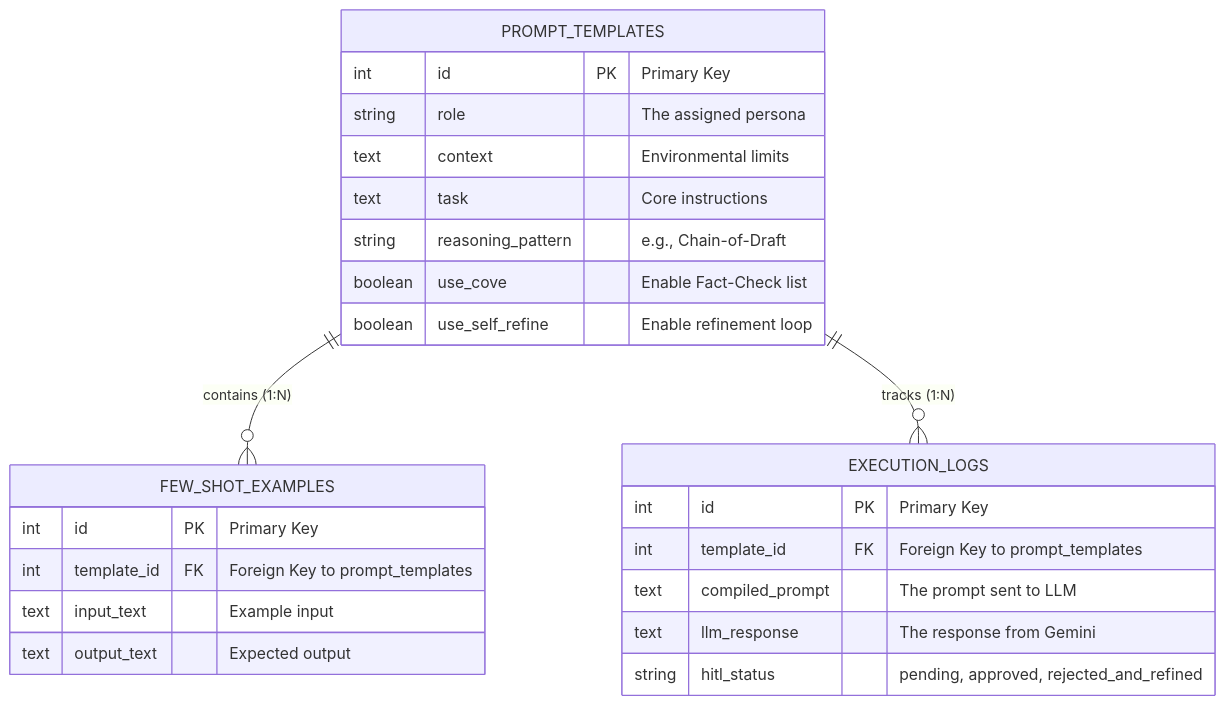
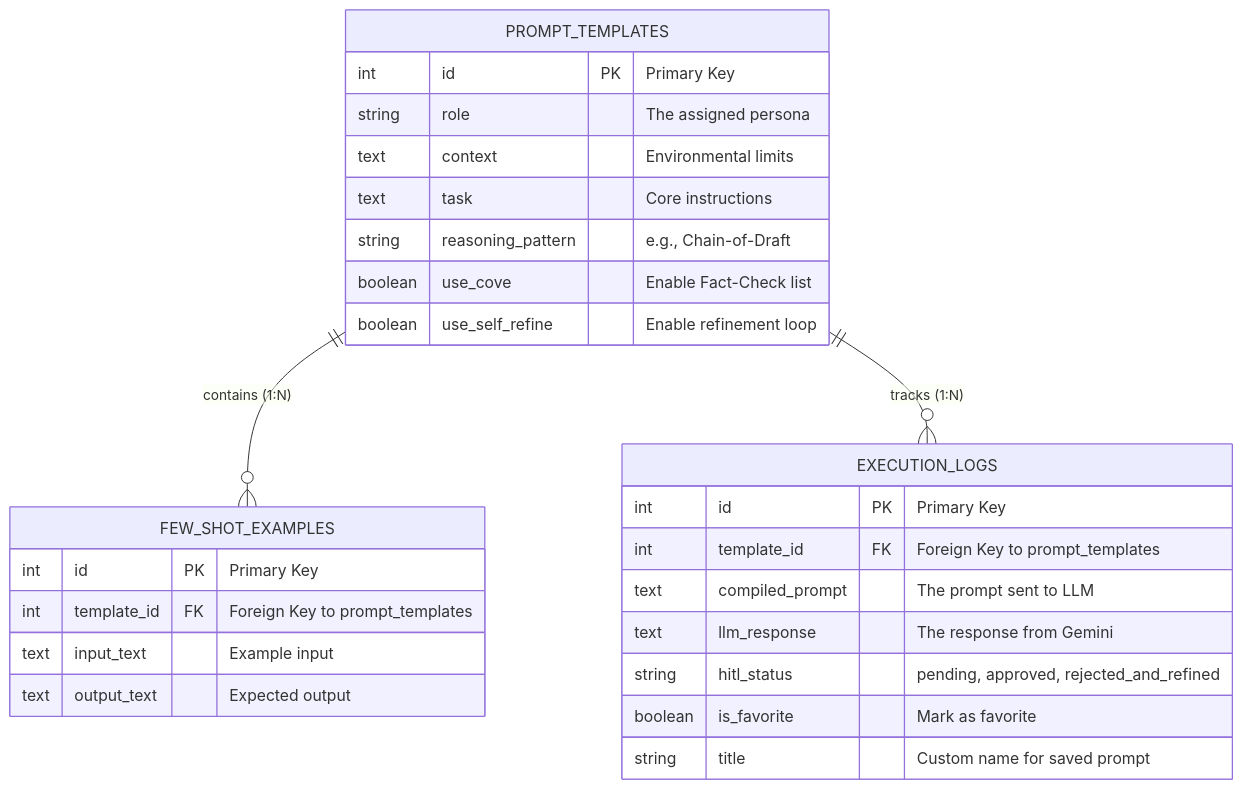
Before and after one commit to Rusewww/Prompt-Builder: the first of 2 diagrams in architecture_diagrams.md, drawn with Mermaid. The commit also changed other lines of this file, not shown here.

Commit message:
feat: add favorite and title fields to schema and implement routing for prompt library view

````diff
--- a/architecture_diagrams.md
+++ b/architecture_diagrams.md
@@ -9,30 +9,32 @@
 ```mermaid
 erDiagram
     PROMPT_TEMPLATES {
         int id PK "Primary Key"
         string role "The assigned persona"
         text context "Environmental limits"
         text task "Core instructions"
         string reasoning_pattern "e.g., Chain-of-Draft"
         boolean use_cove "Enable Fact-Check list"
         boolean use_self_refine "Enable refinement loop"
     }
     
     FEW_SHOT_EXAMPLES {
         int id PK "Primary Key"
         int template_id FK "Foreign Key to prompt_templates"
         text input_text "Example input"
         text output_text "Expected output"
     }
 
     EXECUTION_LOGS {
         int id PK "Primary Key"
         int template_id FK "Foreign Key to prompt_templates"
         text compiled_prompt "The prompt sent to LLM"
         text llm_response "The response from Gemini"
         string hitl_status "pending, approved, rejected_and_refined"
+        boolean is_favorite "Mark as favorite"
+        string title "Custom name for saved prompt"
     }
 
     PROMPT_TEMPLATES ||--o{ FEW_SHOT_EXAMPLES : "contains (1:N)"
     PROMPT_TEMPLATES ||--o{ EXECUTION_LOGS : "tracks (1:N)"
 ```
````
